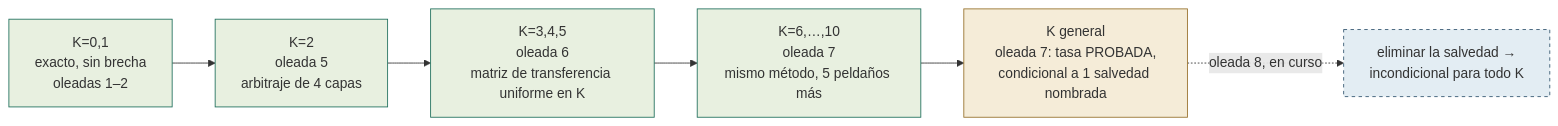
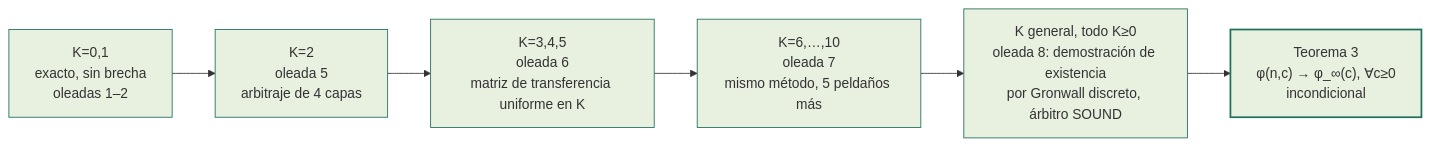
Before and after one commit to dougdotcon/TamesisTheoryCompleteResearchArchive: the second of 4 diagrams in README_ES.md, drawn with Mermaid. The commit also changed other lines of this file and 9 other files, not shown here.

````diff
--- a/README_ES.md
+++ b/README_ES.md
@@ -78,14 +78,14 @@
 ```mermaid
 flowchart LR
     K01["K=0,1<br/>exacto, sin brecha<br/>oleadas 1–2"] --> K2["K=2<br/>oleada 5<br/>arbitraje de 4 capas"]
     K2 --> K345["K=3,4,5<br/>oleada 6<br/>matriz de transferencia uniforme en K"]
     K345 --> K610["K=6,…,10<br/>oleada 7<br/>mismo método, 5 peldaños más"]
-    K610 --> Kgen["K general<br/>oleada 7: tasa PROBADA,<br/>condicional a 1 salvedad nombrada"]
-    Kgen -.->|"oleada 8, en curso"| Close["eliminar la salvedad →<br/>incondicional para todo K"]
+    K610 --> Kgen["K general, todo K≥0<br/>oleada 8: demostración de existencia<br/>por Gronwall discreto, árbitro SOUND"]
+    Kgen --> Teo3["Teorema 3<br/>φ(n,c) → φ_∞(c), ∀c≥0<br/>incondicional"]
     style K01 fill:#e8f0e0,stroke:#1f6f5c
     style K2 fill:#e8f0e0,stroke:#1f6f5c
     style K345 fill:#e8f0e0,stroke:#1f6f5c
     style K610 fill:#e8f0e0,stroke:#1f6f5c
-    style Kgen fill:#f5ecd8,stroke:#96702a
-    style Close fill:#e3edf3,stroke:#33566f,stroke-dasharray: 4 4
+    style Kgen fill:#e8f0e0,stroke:#1f6f5c
+    style Teo3 fill:#e8f0e0,stroke:#1f6f5c,stroke-width:2px
 ```
````
